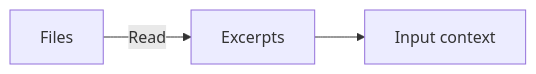
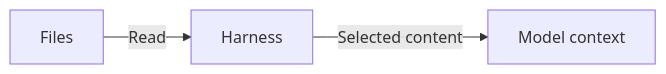
Before and after one commit to speedscale/mock-lab: the second of 4 diagrams in AI-CONTEXT.md, drawn with Mermaid. The commit also changed other lines of this file, not shown here.

Commit message:
docs: distinguish the model from the agent harness

````diff
--- a/AI-CONTEXT.md
+++ b/AI-CONTEXT.md
@@ -20,5 +22,5 @@
 ```mermaid
 flowchart LR
-    F["Files"] -->|Read| S["Excerpts"]
-    S --> C["Input context"]
+    F["Files"] -->|Read| H["Harness"]
+    H -->|Selected content| C["Model context"]
 ```
````
